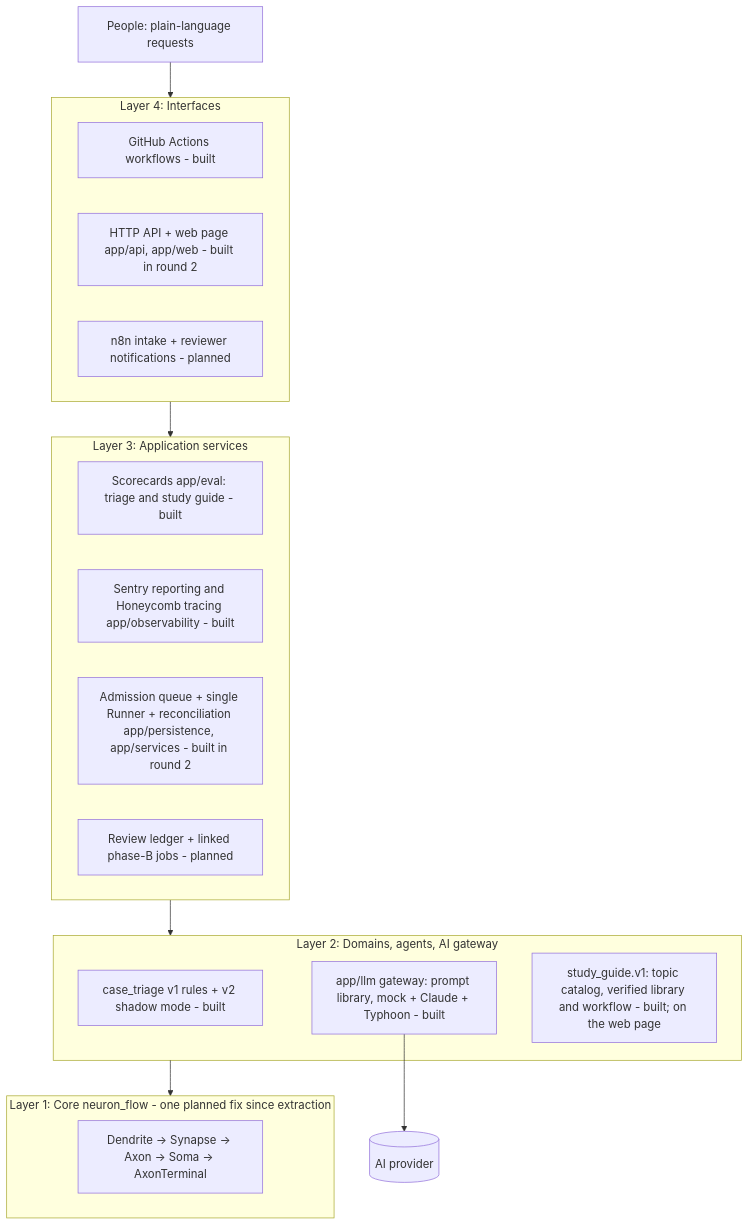
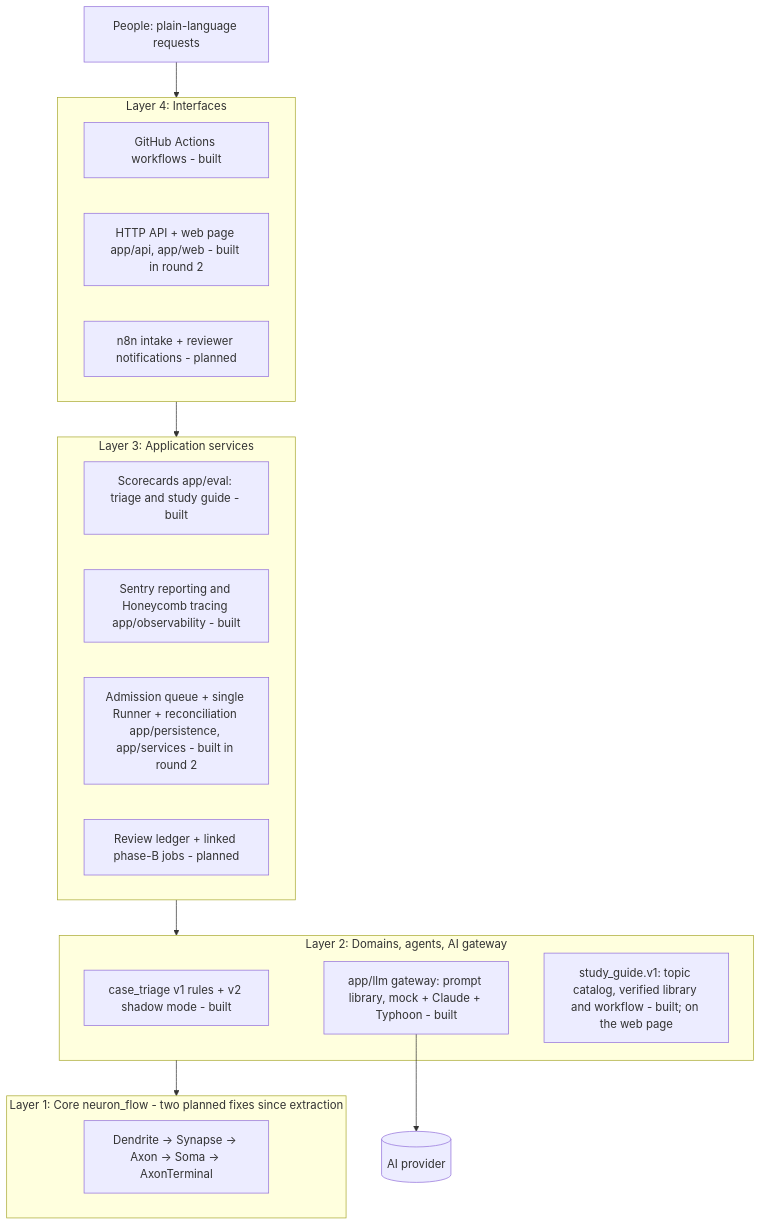
One commit to narongdetpyou-ux/System_Neuron_flow_AI changed the diagram in docs/architecture.md. Above: the diagram before and after it, drawn with Mermaid. The commit also changed other lines of this file and 12 other files, not shown here.

First line of the commit message:
Record the fixed robustness bugs: baseline, ADR-025 and docs (roadmap 5.5)

````diff
--- a/docs/architecture.md
+++ b/docs/architecture.md
@@ -24,25 +24,25 @@
 ```mermaid
 flowchart TD
     U[People: plain-language requests] --> L4
     subgraph L4[Layer 4: Interfaces]
       GH[GitHub Actions workflows - built]
       API[HTTP API + web page app/api, app/web - built in round 2]
       N8N[n8n intake + reviewer notifications - planned]
     end
     subgraph L3[Layer 3: Application services]
       EV[Scorecards app/eval: triage and study guide - built]
       OBS[Sentry reporting and Honeycomb tracing app/observability - built]
       Q[Admission queue + single Runner + reconciliation app/persistence, app/services - built in round 2]
       REV[Review ledger + linked phase-B jobs - planned]
     end
     subgraph L2[Layer 2: Domains, agents, AI gateway]
       TRI[case_triage v1 rules + v2 shadow mode - built]
       LLM[app/llm gateway: prompt library, mock + Claude + Typhoon - built]
       SG[study_guide.v1: topic catalog, verified library and workflow - built; on the web page]
     end
-    subgraph L1[Layer 1: Core neuron_flow - one planned fix since extraction]
+    subgraph L1[Layer 1: Core neuron_flow - two planned fixes since extraction]
       CORE[Dendrite -> Synapse -> Axon -> Soma -> AxonTerminal]
     end
     L4 --> L3 --> L2 --> L1
     LLM --> P[(AI provider)]
 ```
````
